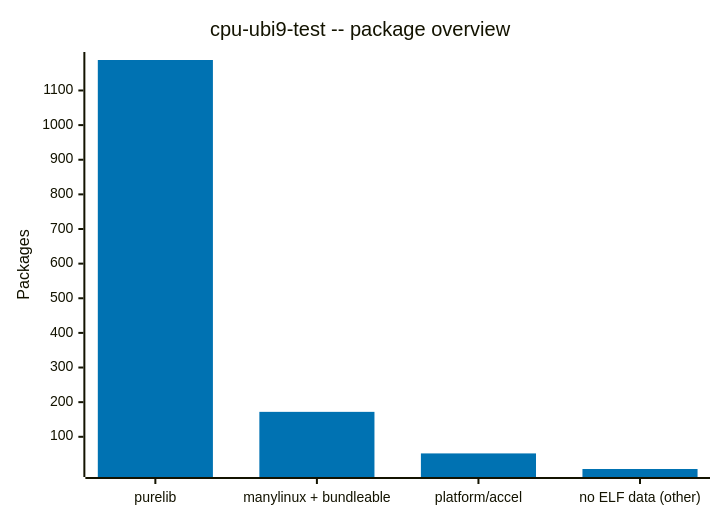
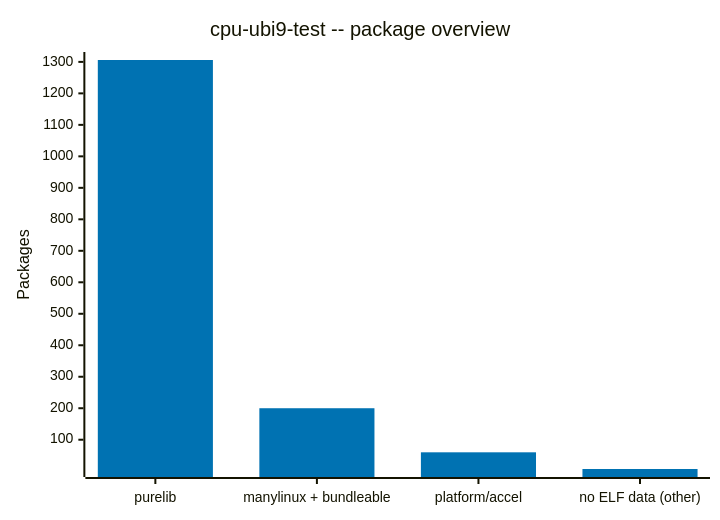
One commit to tiran/sdist-analyzer-results changed the diagram in data/rhoai-3.6/cpu-ubi9-test/elf-analysis.md. Above: the diagram before and after it, drawn with Mermaid. The commit also changed other lines of this file and 27529 other files, not shown here.

````diff
--- a/data/rhoai-3.6/cpu-ubi9-test/elf-analysis.md
+++ b/data/rhoai-3.6/cpu-ubi9-test/elf-analysis.md
@@ -25,8 +25,8 @@
 ```mermaid
 %%{init: {"theme": "base", "themeVariables": {"xyChart": {"plotColorPalette": "#0072B2, #009E73, #D55E00, #999999"}}}}%%
 xychart-beta
     title "cpu-ubi9-test -- package overview"
     x-axis ["purelib", "manylinux + bundleable", "platform/accel", "no ELF data (other)"]
     y-axis "Packages"
-    bar [1188, 172, 52, 7]
+    bar [1306, 200, 60, 7]
 ```
````
